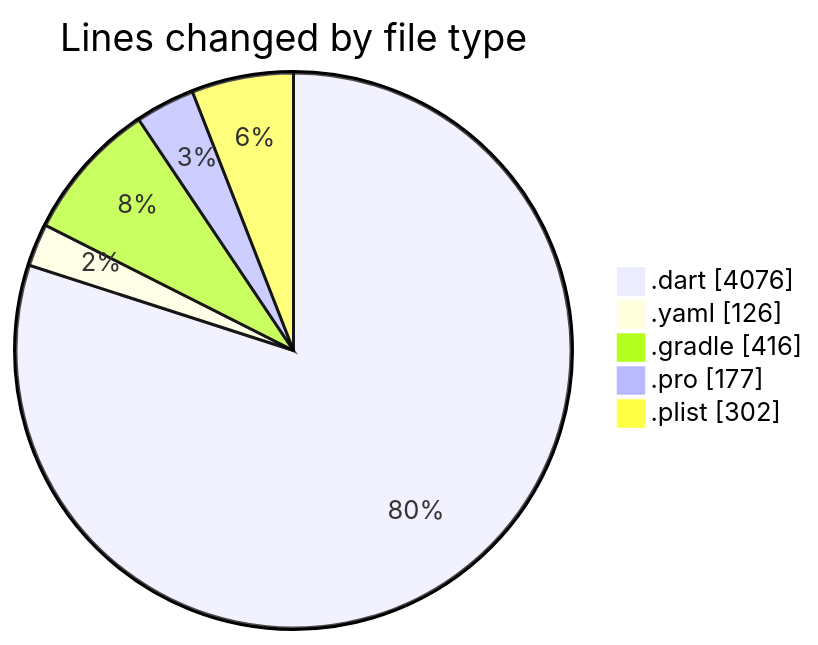
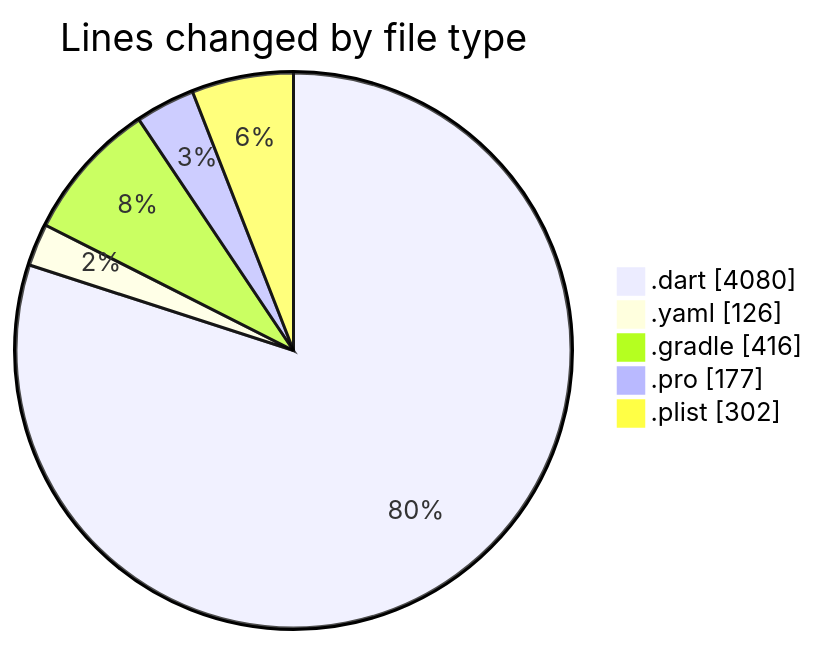
Before and after one commit to lephambinh05/code-tracking: the first of 2 diagrams in 2025-07-29/appproject/README.md, drawn with Mermaid. The commit also changed other lines of this file and 1 other file, not shown here.

````diff
--- a/2025-07-29/appproject/README.md
+++ b/2025-07-29/appproject/README.md
@@ -38,9 +38,9 @@
 ```mermaid
 pie showData
 title Lines changed by file type
-".dart" : 4076
+".dart" : 4080
 ".yaml" : 126
 ".gradle" : 416
 ".pro" : 177
 ".plist" : 302
 ```
````
